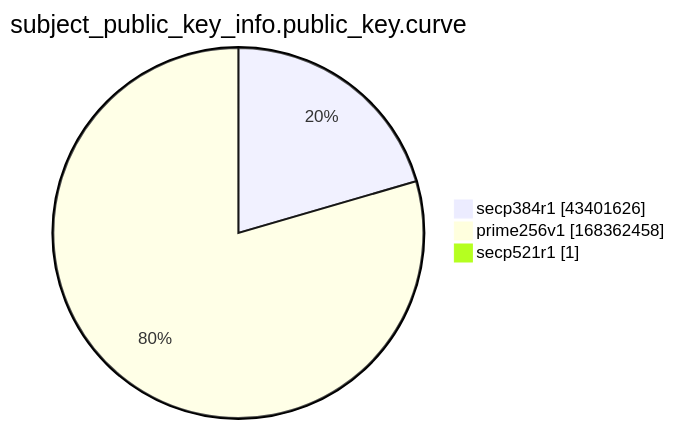
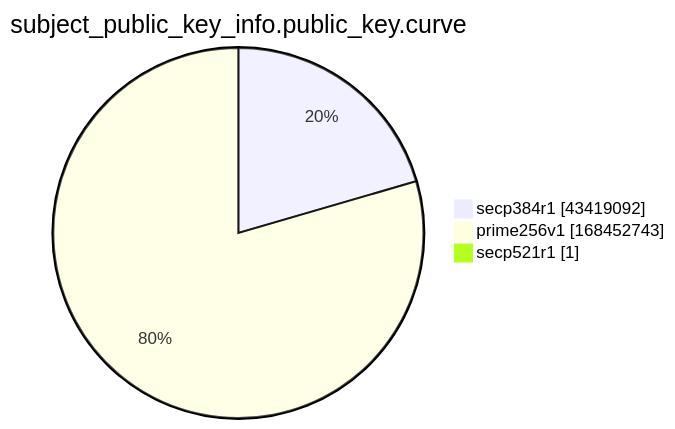
Before and after one commit to christiankrug/ctmonitor_visualization: the ninth of 15 diagrams in xenon2022/README.md, drawn with Mermaid. The commit also changed other lines of this file, not shown here.

````diff
--- a/xenon2022/README.md
+++ b/xenon2022/README.md
@@ -2870,7 +2870,7 @@
 ```mermaid
 pie showData
 title subject_public_key_info.public_key.curve
-"secp384r1" :43401626
-"prime256v1" :168362458
+"secp384r1" :43419092
+"prime256v1" :168452743
 "secp521r1" :1
 ```
````
